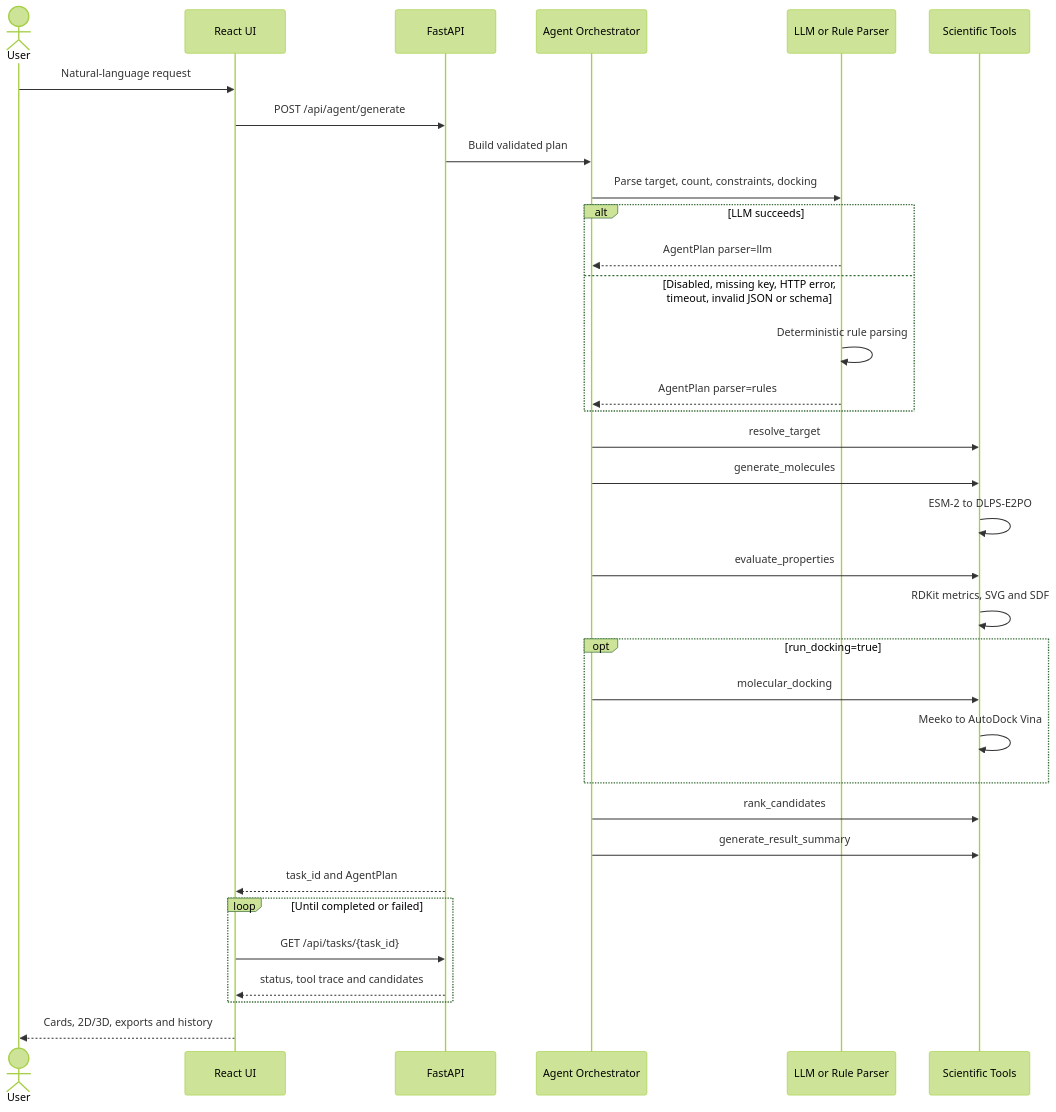
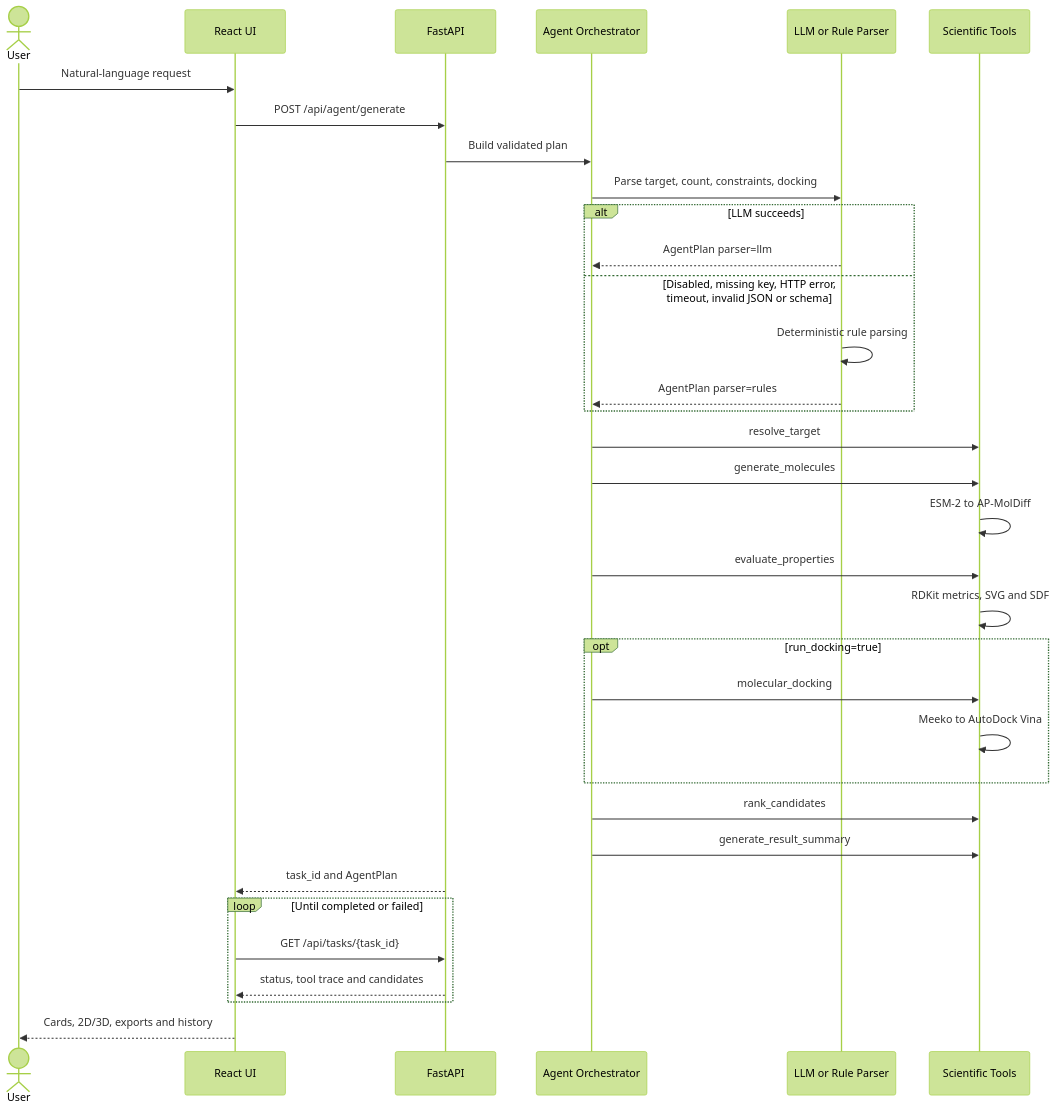
The second of 3 diagrams in docs/architecture.md (Augensternsy/ai-drug-design-agent), drawn with Mermaid (forest theme) before and after one commit. The commit also changed other lines of this file and 24 other files, not shown here.

Commit message:
fix(frontend): align AP-MolDiff UI with thesis and backend

````diff
--- a/docs/architecture.md
+++ b/docs/architecture.md
@@ -39,37 +39,37 @@
 ```mermaid
 sequenceDiagram
     actor User
     participant UI as React UI
     participant API as FastAPI
     participant Agent as Agent Orchestrator
     participant Parser as LLM or Rule Parser
     participant Tools as Scientific Tools
 
     User->>UI: Natural-language request
     UI->>API: POST /api/agent/generate
     API->>Agent: Build validated plan
     Agent->>Parser: Parse target, count, constraints, docking
     alt LLM succeeds
         Parser-->>Agent: AgentPlan parser=llm
     else Disabled, missing key, HTTP error, timeout, invalid JSON or schema
         Parser->>Parser: Deterministic rule parsing
         Parser-->>Agent: AgentPlan parser=rules
     end
     Agent->>Tools: resolve_target
     Agent->>Tools: generate_molecules
-    Tools->>Tools: ESM-2 to DLPS-E2PO
+    Tools->>Tools: ESM-2 to AP-MolDiff
     Agent->>Tools: evaluate_properties
     Tools->>Tools: RDKit metrics, SVG and SDF
     opt run_docking=true
         Agent->>Tools: molecular_docking
         Tools->>Tools: Meeko to AutoDock Vina
     end
     Agent->>Tools: rank_candidates
     Agent->>Tools: generate_result_summary
     API-->>UI: task_id and AgentPlan
     loop Until completed or failed
         UI->>API: GET /api/tasks/{task_id}
         API-->>UI: status, tool trace and candidates
     end
     UI-->>User: Cards, 2D/3D, exports and history
 ```
````
